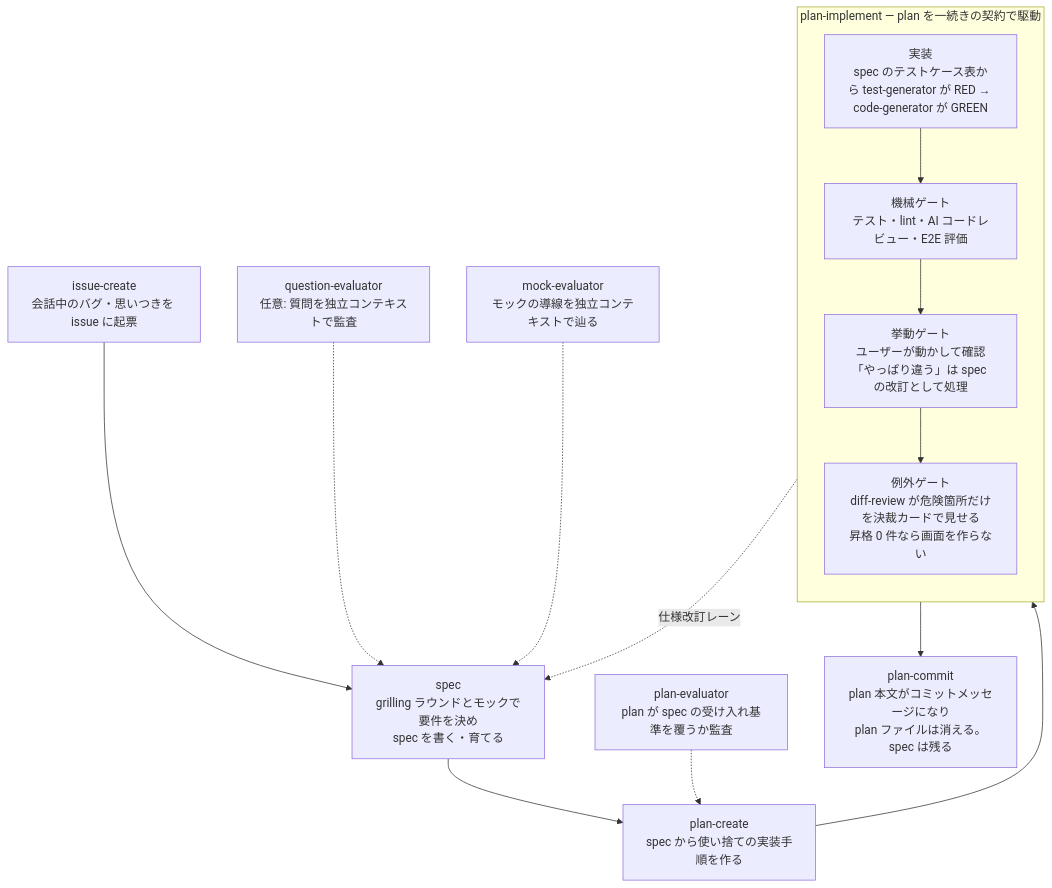
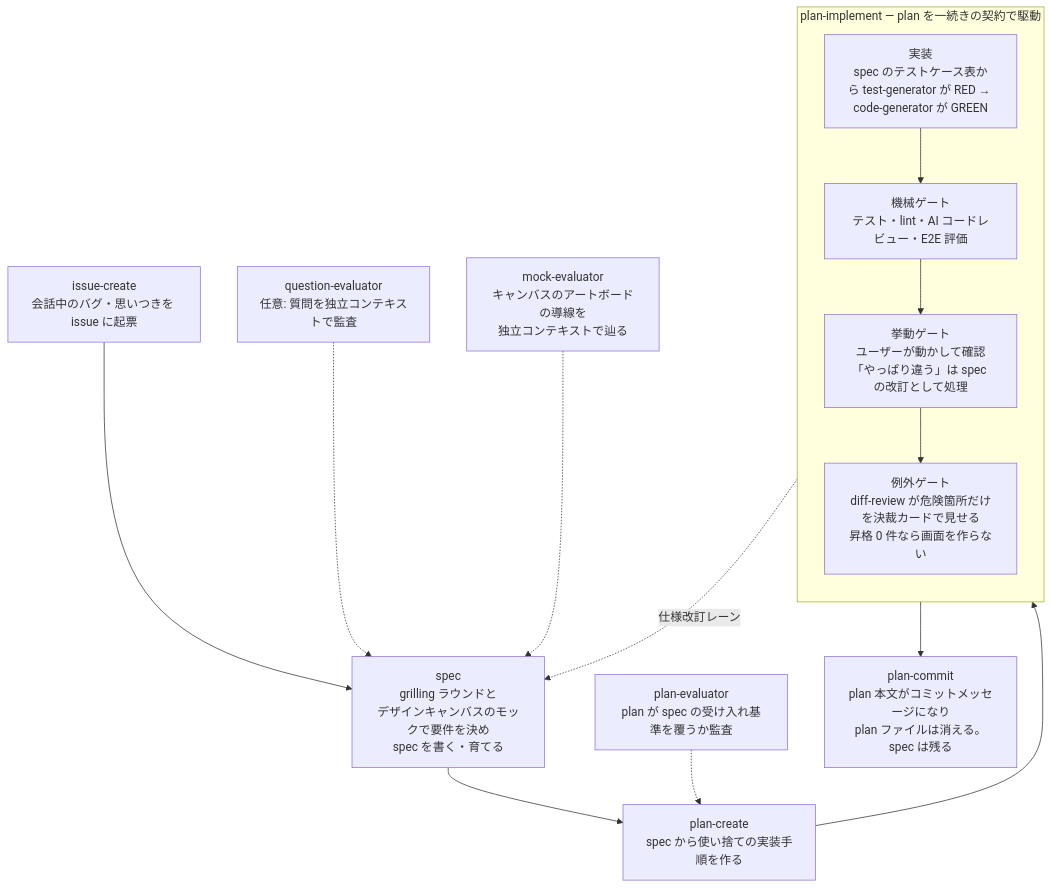
The diagram in plugins/crystallize/README.md (4armsxlr8/agent-plugins), drawn with Mermaid before and after one commit. The commit also changed other lines of this file and 21 other files, not shown here.

````diff
--- a/plugins/crystallize/README.md
+++ b/plugins/crystallize/README.md
@@ -17,18 +17,18 @@
 ```mermaid
 flowchart TD
     I[issue-create<br>会話中のバグ・思いつきを issue に起票] --> S
-    S[spec<br>grilling ラウンドとモックで要件を決め<br>spec を書く・育てる] --> PL
+    S[spec<br>grilling ラウンドと<br>デザインキャンバスのモックで要件を決め<br>spec を書く・育てる] --> PL
     Q[question-evaluator<br>任意: 質問を独立コンテキストで監査] -.-> S
-    M[mock-evaluator<br>モックの導線を独立コンテキストで辿る] -.-> S
+    M[mock-evaluator<br>キャンバスのアートボードの導線を<br>独立コンテキストで辿る] -.-> S
     PL[plan-create<br>spec から使い捨ての実装手順を作る] --> P
     PE[plan-evaluator<br>plan が spec の受け入れ基準を覆うか監査] -.-> PL
     subgraph P[plan-implement — plan を一続きの契約で駆動]
         direction TB
         IM[実装<br>spec のテストケース表から test-generator が RED → code-generator が GREEN] --> G1
         G1[機械ゲート<br>テスト・lint・AI コードレビュー・E2E 評価] --> G2
         G2[挙動ゲート<br>ユーザーが動かして確認<br>「やっぱり違う」は spec の改訂として処理] --> G3
         G3[例外ゲート<br>diff-review が危険箇所だけを決裁カードで見せる<br>昇格 0 件なら画面を作らない]
     end
     G2 -. 仕様改訂レーン .-> S
     P --> C[plan-commit<br>plan 本文がコミットメッセージになり<br>plan ファイルは消える。spec は残る]
 ```
````
